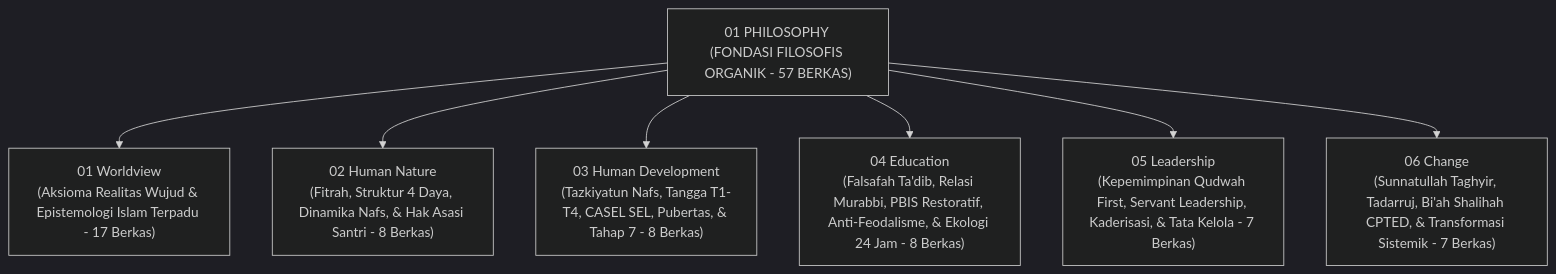
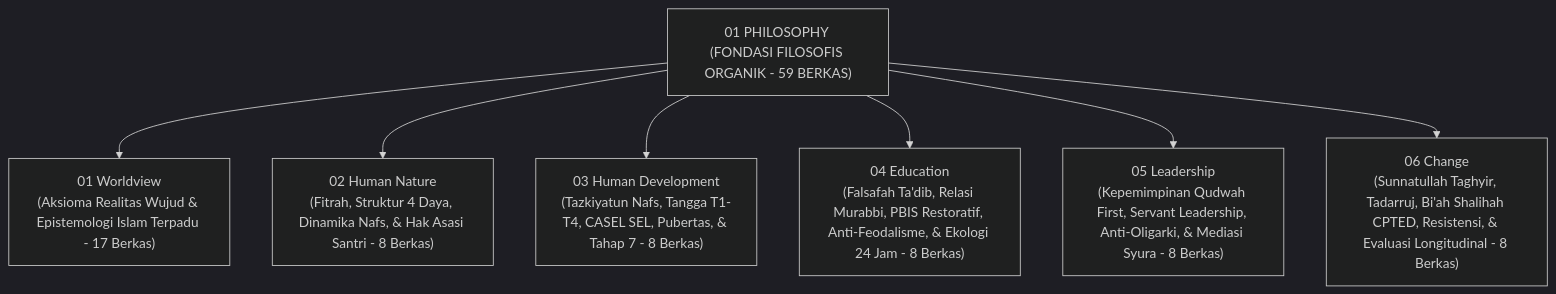
Before and after one commit to wandiapriliyandi/tumbuh: the diagram in 01 Philosophy/README.md, drawn with Mermaid (dark theme). The commit also changed other lines of this file and 15 other files, not shown here.

````diff
--- a/01 Philosophy/README.md
+++ b/01 Philosophy/README.md
@@ -14,11 +14,11 @@
 ```mermaid
 graph TD
-    P1["01 PHILOSOPHY (FONDASI FILOSOFIS ORGANIK - 57 BERKAS)"]
+    P1["01 PHILOSOPHY (FONDASI FILOSOFIS ORGANIK - 59 BERKAS)"]
     
     P1 --> D1["01 Worldview<br/>(Aksioma Realitas Wujud & Epistemologi Islam Terpadu - 17 Berkas)"]
     P1 --> D2["02 Human Nature<br/>(Fitrah, Struktur 4 Daya, Dinamika Nafs, & Hak Asasi Santri - 8 Berkas)"]
     P1 --> D3["03 Human Development<br/>(Tazkiyatun Nafs, Tangga T1-T4, CASEL SEL, Pubertas, & Tahap 7 - 8 Berkas)"]
     P1 --> D4["04 Education<br/>(Falsafah Ta'dib, Relasi Murabbi, PBIS Restoratif, Anti-Feodalisme, & Ekologi 24 Jam - 8 Berkas)"]
-    P1 --> D5["05 Leadership<br/>(Kepemimpinan Qudwah First, Servant Leadership, Kaderisasi, & Tata Kelola - 7 Berkas)"]
-    P1 --> D6["06 Change<br/>(Sunnatullah Taghyir, Tadarruj, Bi'ah Shalihah CPTED, & Transformasi Sistemik - 7 Berkas)"]
+    P1 --> D5["05 Leadership<br/>(Kepemimpinan Qudwah First, Servant Leadership, Anti-Oligarki, & Mediasi Syura - 8 Berkas)"]
+    P1 --> D6["06 Change<br/>(Sunnatullah Taghyir, Tadarruj, Bi'ah Shalihah CPTED, Resistensi, & Evaluasi Longitudinal - 8 Berkas)"]
 ```
````
